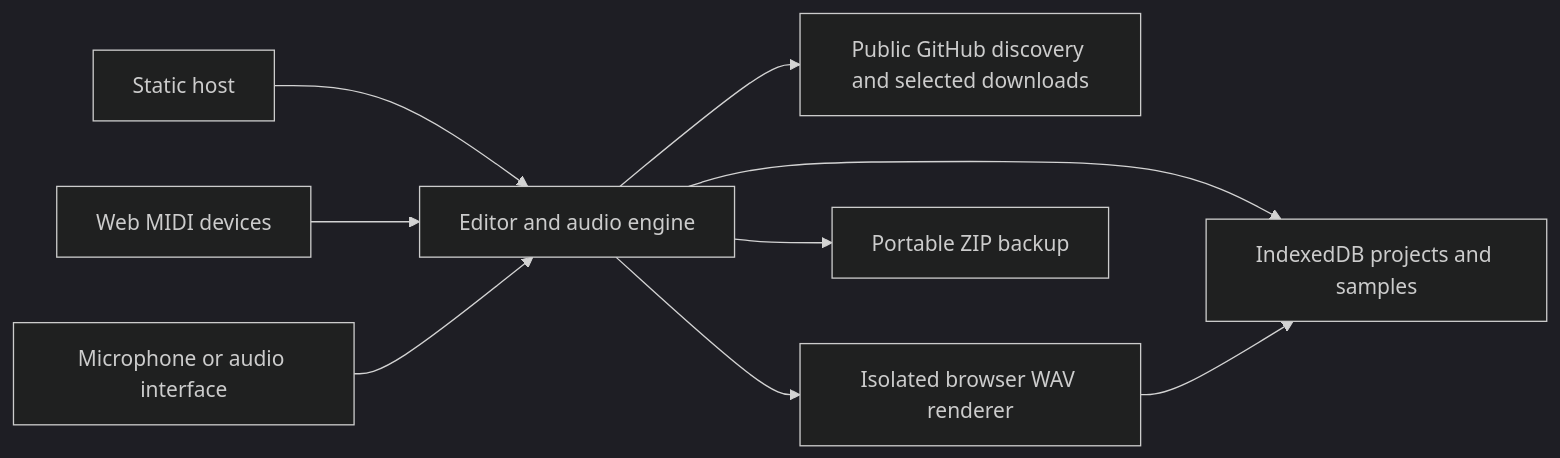
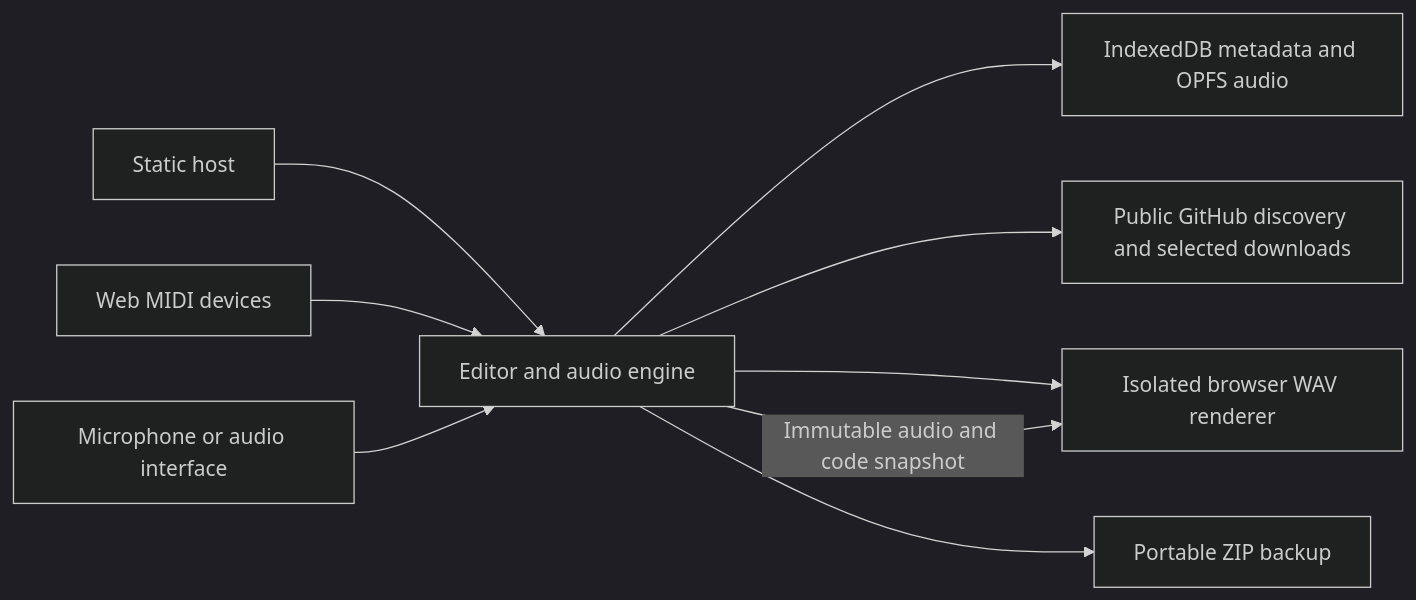
The diagram in docs/architecture/README.md (calv-io-n/strudel-studio), drawn with Mermaid (dark theme) before and after one commit. The commit also changed other lines of this file and 61 other files, not shown here.

````diff
--- a/docs/architecture/README.md
+++ b/docs/architecture/README.md
@@ -5,11 +5,11 @@
 ```mermaid
 flowchart LR
   Host[Static host] --> Browser[Editor and audio engine]
-  Browser --> DB[IndexedDB projects and samples]
+  Browser --> DB[IndexedDB metadata and OPFS audio]
   Browser --> GitHub[Public GitHub discovery and selected downloads]
   MIDI[Web MIDI devices] --> Browser
   Input[Microphone or audio interface] --> Browser
   Browser --> Renderer[Isolated browser WAV renderer]
-  Renderer --> DB
+  Browser -->|Immutable audio and code snapshot| Renderer
   Browser --> Backup[Portable ZIP backup]
 ```
````
